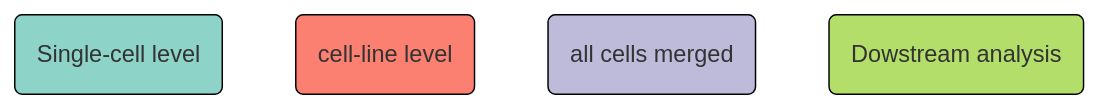
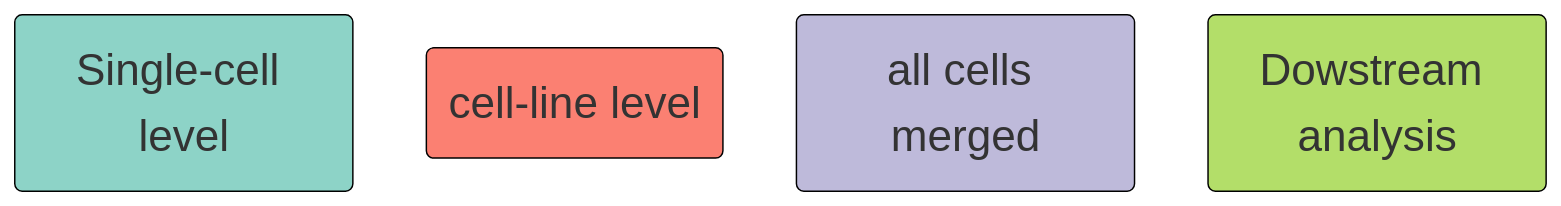
The third of 3 diagrams in README.md (liuzhenyu-yyy/SCAN-seq2), drawn with Mermaid before and after one commit. The commit also changed other lines of this file, not shown here.

Commit message:
add flowchart

````diff
--- a/README.md
+++ b/README.md
@@ -44,13 +45,14 @@
 ```mermaid
+%%{init: {"theme": "default", 'themeVariables': { "fontSize": "30px","fontFamily": "Arial"}}}%%
 graph TD
 
 sc("Single-cell level"):::sc
 cl("cell-line level"):::cl
 merged("all cells merged"):::merge
 down("Dowstream analysis"):::down
 
 classDef merge fill:#bebada,stroke:#000000;
 classDef cl fill:#fb8072,stroke:#000000;
 classDef sc fill:#8dd3c7,stroke:#000000;
 classDef down fill:#b3de69,stroke:#000000;
 ```
````
